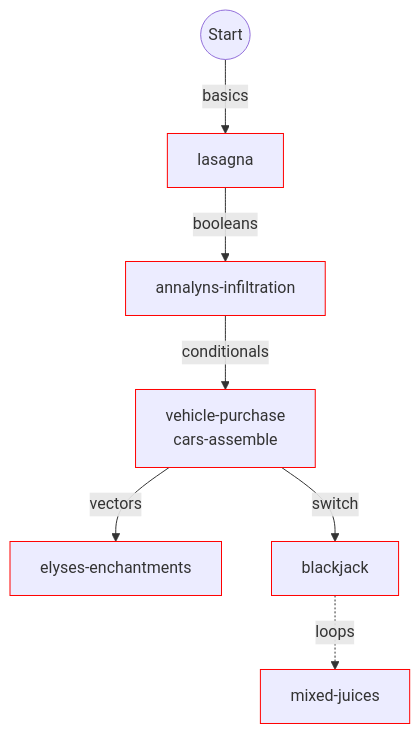
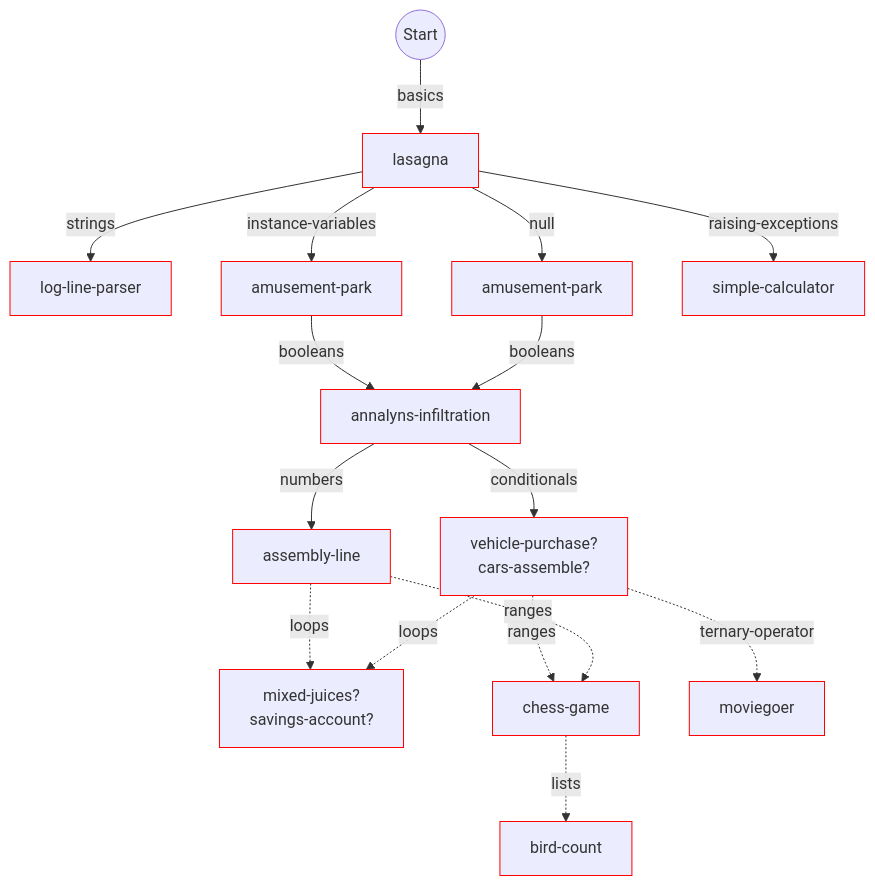
The diagram in flowchart.md (colinleach/wren_concepts), drawn with Mermaid before and after one commit. The commit also changed 653 other files, not shown here.

````diff
--- a/flowchart.md
+++ b/flowchart.md
@@ -13,24 +13,51 @@
 ```mermaid
 graph TD
     
 start(("Start")) --basics--> basics["lasagna"]
 style basics stroke:#f00
 
-basics --booleans--> booleans["annalyns-infiltration"]
+basics --strings--> strings["log-line-parser"]
+style strings stroke:#f00
+
+basics --instance-variables--> instance-variables["amusement-park"]
+style instance-variables stroke:#f00
+
+basics --null--> null["amusement-park"]
+style null stroke:#f00
+
+basics --raising-exceptions--> raising-exceptions["simple-calculator"]
+style raising-exceptions stroke:#f00
+
+instance-variables --booleans--> booleans["annalyns-infiltration"]
 style booleans stroke:#f00
 
-booleans --conditionals--> conditionals["vehicle-purchase<br/>cars-assemble"]
+null --booleans--> booleans["annalyns-infiltration"]
+style booleans stroke:#f00
+
+booleans --conditionals--> conditionals["vehicle-purchase?<br/>cars-assemble?"]
 style conditionals stroke:#f00
 
-conditionals --vectors--> vectors["elyses-enchantments"]
-style vectors stroke:#f00
+booleans --numbers--> numbers["assembly-line"]
+style numbers stroke:#f00
 
-switch -.loops.-> loops["mixed-juices"]
+numbers -.loops.-> loops["mixed-juices?<br/>savings-account?"]
 style loops stroke:#f00
 
-conditionals --switch--> switch["blackjack"]
-style switch stroke:#f00
+conditionals -.loops.-> loops["mixed-juices?<br/>savings-account?"]
+style loops stroke:#f00
+
+conditionals -.ranges.-> ranges["chess-game"]
+style ranges stroke:#f00
+
+conditionals -.ternary-operator.-> ternary-operator["moviegoer"]
+style ternary-operator stroke:#f00
+
+numbers -.ranges.-> ranges["chess-game"]
+style ranges stroke:#f00
+
+ranges -.lists.-> lists["bird-count"]
+style lists stroke:#f00
 
 
 
 ```
````
